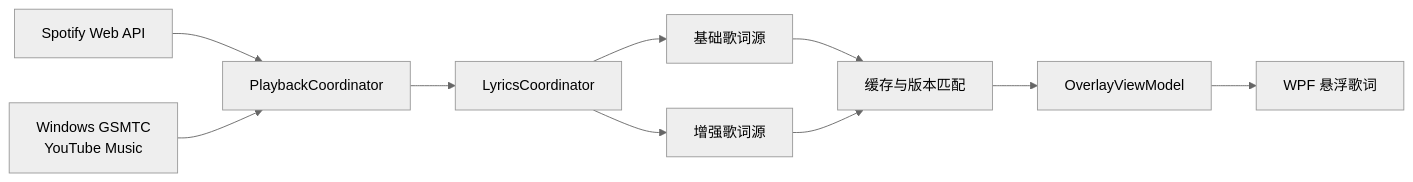
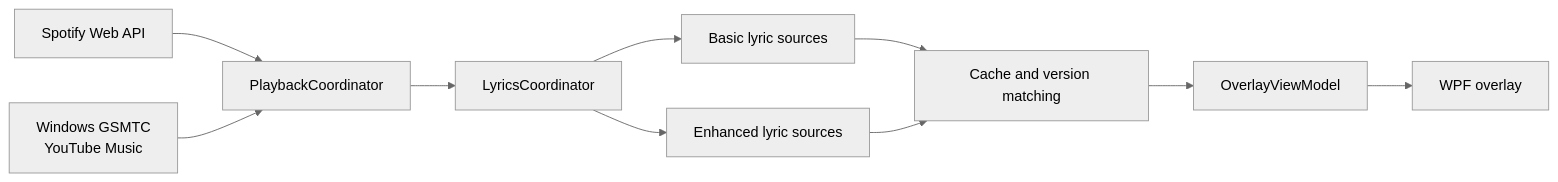
Before and after one commit to SISUBEN/FloatSpotifyNext: the diagram in README.md, drawn with Mermaid (neutral theme). The commit also changed other lines of this file and 35 other files, not shown here.

````diff
--- a/README.md
+++ b/README.md
@@ -112,12 +110,12 @@
 ```mermaid
 flowchart LR
     A[Spotify Web API] --> C[PlaybackCoordinator]
     B[Windows GSMTC<br/>YouTube Music] --> C
     C --> D[LyricsCoordinator]
-    D --> E[基础歌词源]
-    D --> F[增强歌词源]
-    E --> G[缓存与版本匹配]
+    D --> E[Basic lyric sources]
+    D --> F[Enhanced lyric sources]
+    E --> G[Cache and version matching]
     F --> G
     G --> H[OverlayViewModel]
-    H --> I[WPF 悬浮歌词]
+    H --> I[WPF overlay]
 ```
````
